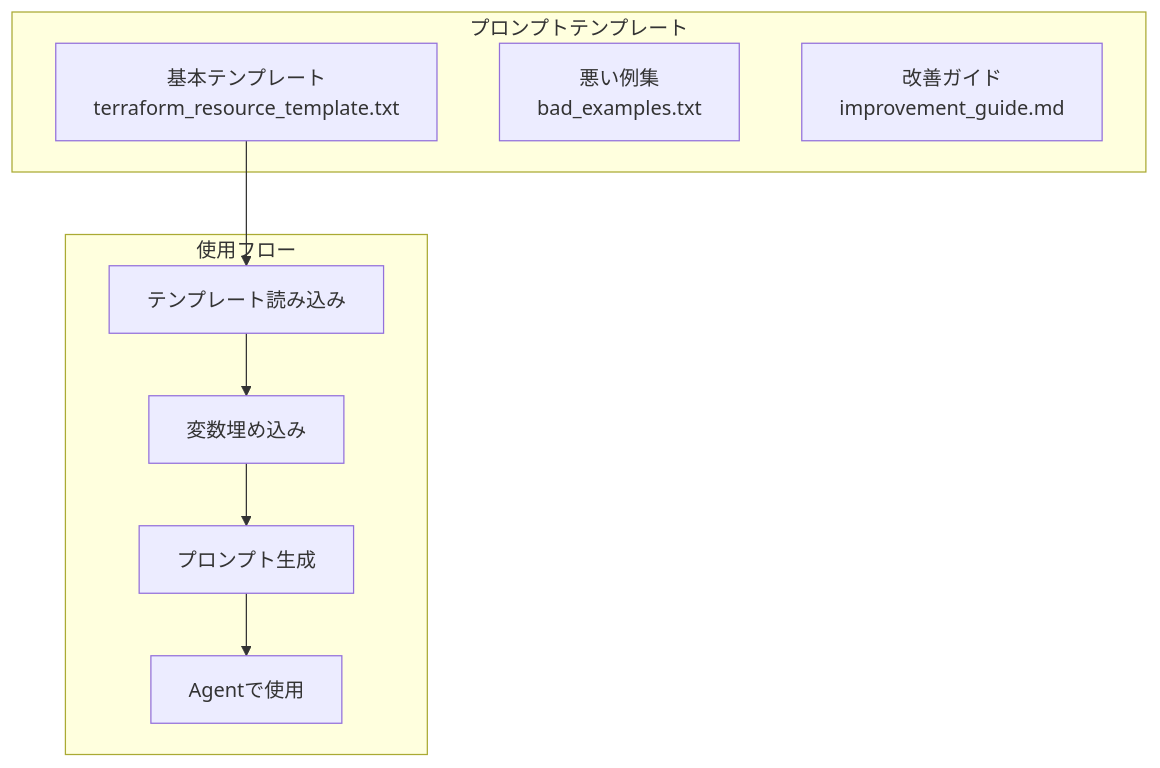
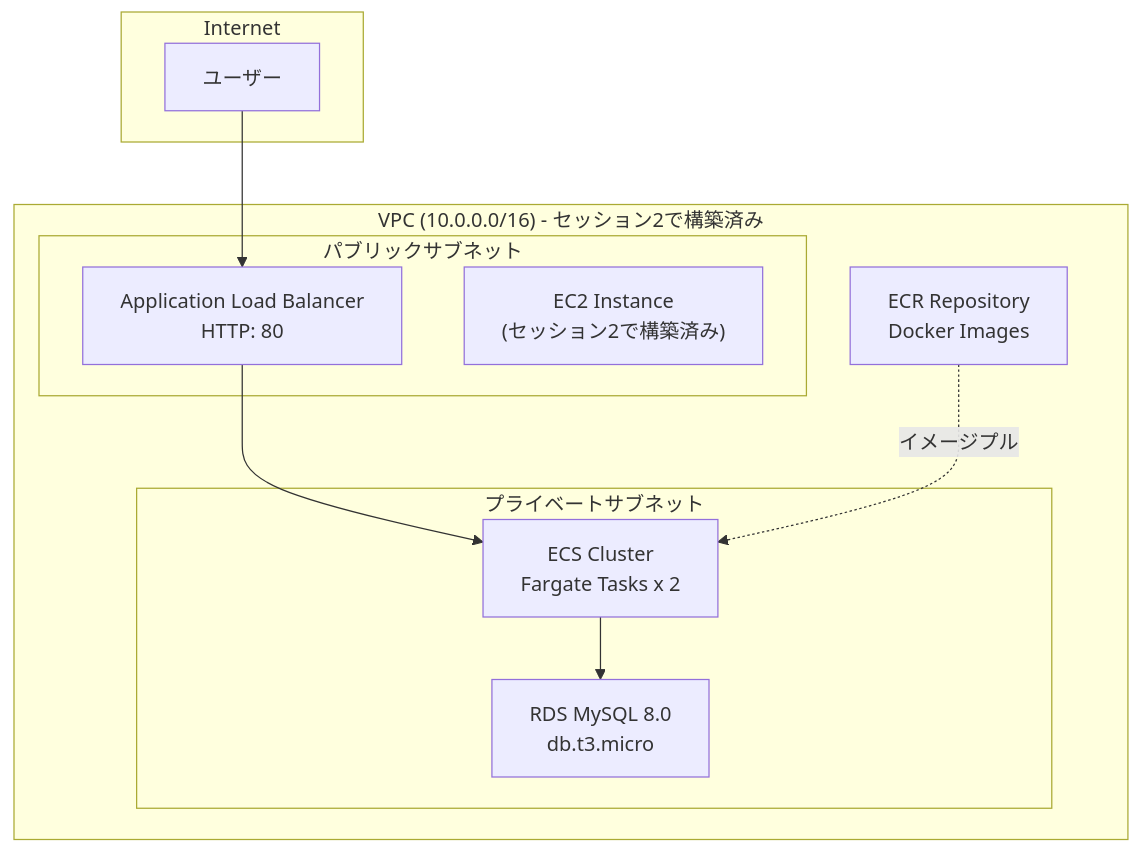
One commit to kifujii/ai_agentic_development changed the diagram in docs/session_guides/session3_guide.md. Above: the diagram before and after it, drawn with Mermaid. The commit also changed other lines of this file and 41 other files, not shown here.

````diff
--- a/docs/session_guides/session3_guide.md
+++ b/docs/session_guides/session3_guide.md
@@ -21,20 +20,25 @@
 ```mermaid
 graph TB
-    subgraph Templates["プロンプトテンプレート"]
-        BaseTemplate["基本テンプレート<br/>terraform_resource_template.txt"]
-        BadExamples["悪い例集<br/>bad_examples.txt"]
-        ImprovementGuide["改善ガイド<br/>improvement_guide.md"]
+    subgraph Internet["Internet"]
+        Users["ユーザー"]
     end
     
-    subgraph Usage["使用フロー"]
-        LoadTemplate["テンプレート読み込み"]
-        FillVariables["変数埋め込み"]
-        GeneratePrompt["プロンプト生成"]
-        AgentUse["Agentで使用"]
+    subgraph VPC["VPC (10.0.0.0/16) - セッション2で構築済み"]
+        subgraph PublicSubnets["パブリックサブネット"]
+            ALB["Application Load Balancer<br/>HTTP: 80"]
+            EC2["EC2 Instance<br/>(セッション2で構築済み)"]
+        end
+        
+        subgraph PrivateSubnets["プライベートサブネット"]
+            ECS["ECS Cluster<br/>Fargate Tasks x 2"]
+            RDS["RDS MySQL 8.0<br/>db.t3.micro"]
+        end
+        
+        ECR["ECR Repository<br/>Docker Images"]
     end
     
-    BaseTemplate --> LoadTemplate
-    LoadTemplate --> FillVariables
-    FillVariables --> GeneratePrompt
-    GeneratePrompt --> AgentUse
+    Users --> ALB
+    ALB --> ECS
+    ECS --> RDS
+    ECR -.->|"イメージプル"| ECS
 ```
````
